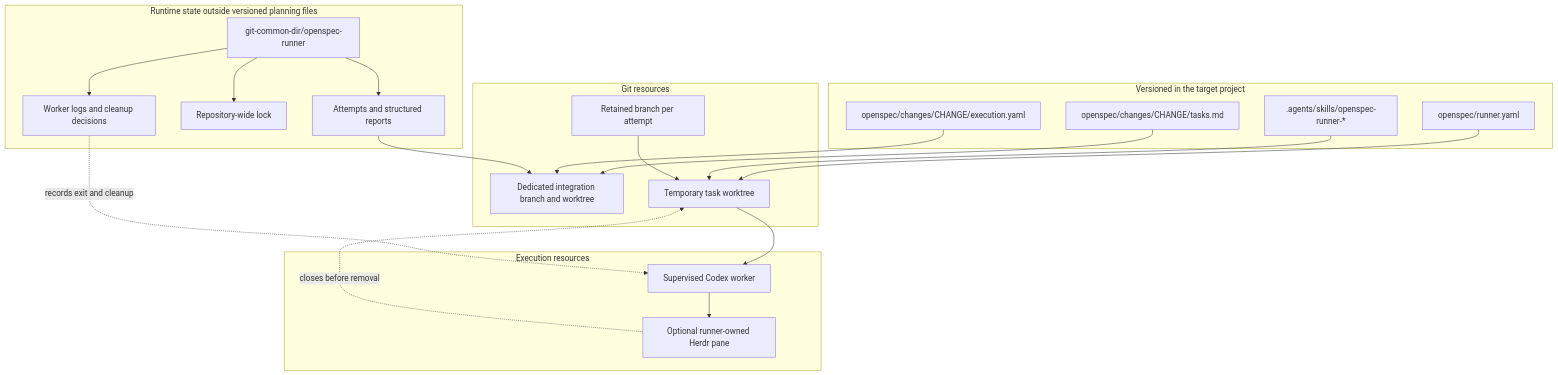
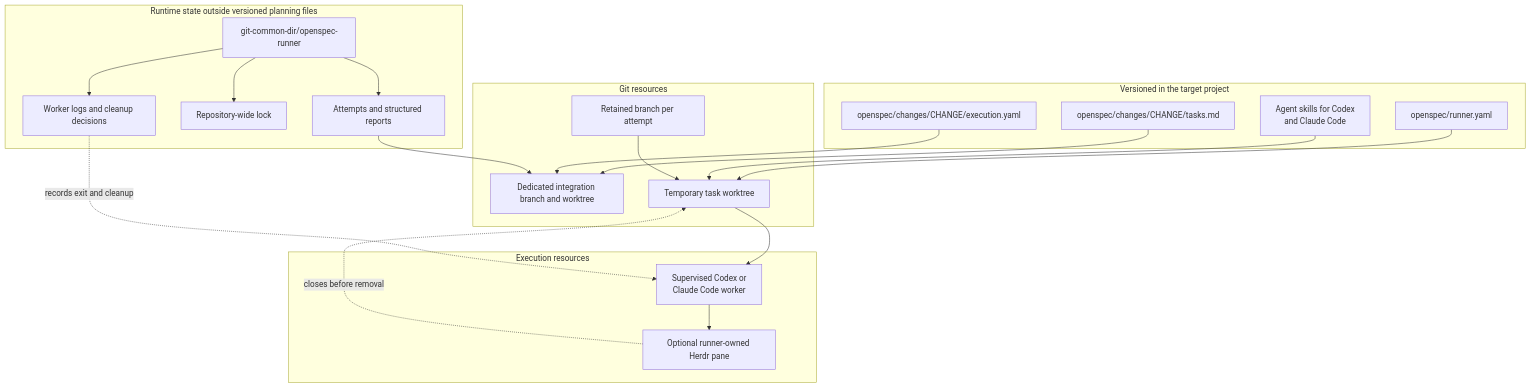
Before and after one commit to vfedoriv/openspec-runner: the second of 4 diagrams in README.md, drawn with Mermaid. The commit also changed other lines of this file, not shown here.

Commit message:
Document Claude Code workflows

````diff
--- a/README.md
+++ b/README.md
@@ -84,41 +85,41 @@
 ```mermaid
 flowchart TB
     subgraph V[Versioned in the target project]
         A[openspec/changes/CHANGE/tasks.md]
         B[openspec/changes/CHANGE/execution.yaml]
         C[openspec/runner.yaml]
-        D[.agents/skills/openspec-runner-*]
+        D[Agent skills for Codex<br/>and Claude Code]
     end
 
     subgraph R[Runtime state outside versioned planning files]
         E[git-common-dir/openspec-runner]
         F[Attempts and structured reports]
         G[Repository-wide lock]
         J[Worker logs and cleanup decisions]
         E --> F
         E --> G
         E --> J
     end
 
     subgraph W[Git resources]
         H[Dedicated integration branch and worktree]
         I[Retained branch per attempt]
         K[Temporary task worktree]
     end
 
     subgraph T[Execution resources]
-        L[Supervised Codex worker]
+        L[Supervised Codex or<br/>Claude Code worker]
         M[Optional runner-owned Herdr pane]
     end
 
     A --> H
     B --> H
     C --> K
     D --> K
     F --> H
     I --> K
     K --> L
     L --> M
     J -. records exit and cleanup .-> L
     M -. closes before removal .-> K
 ```
````
